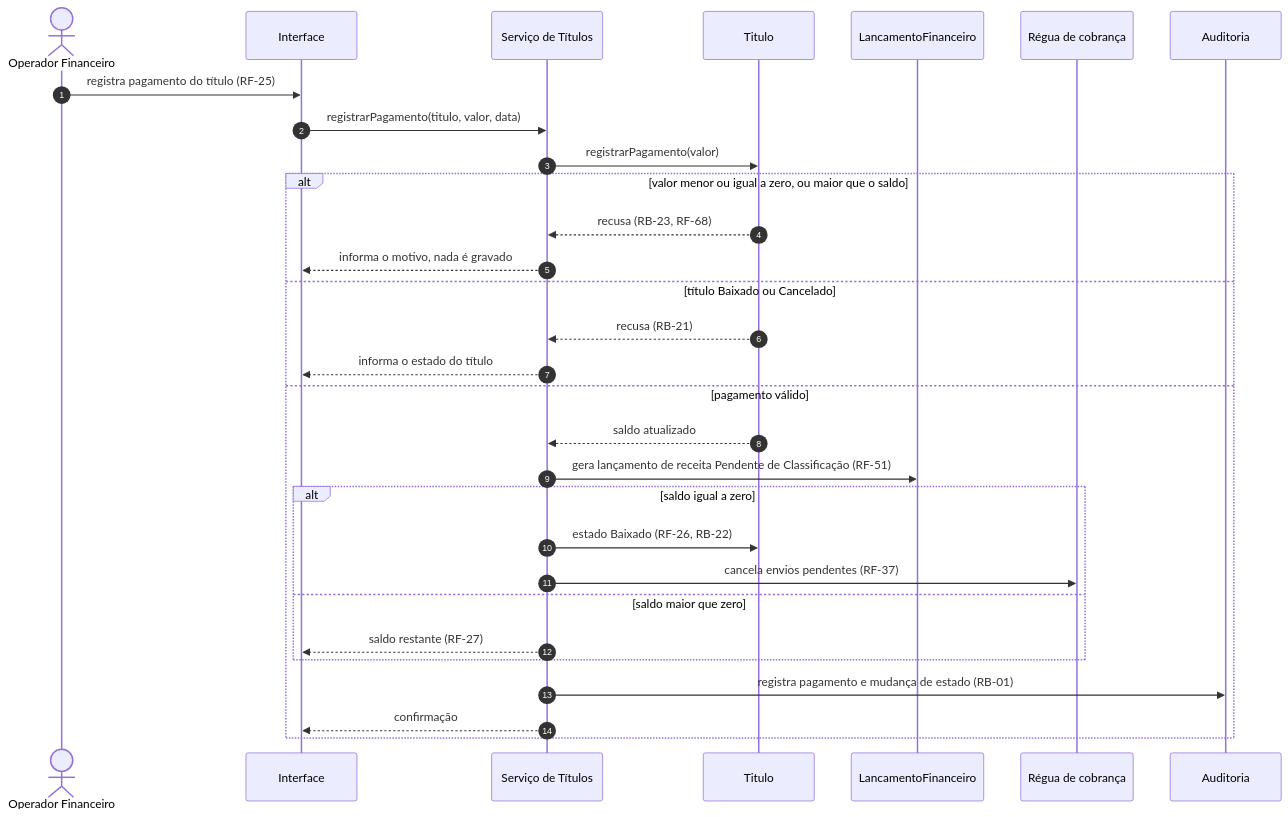
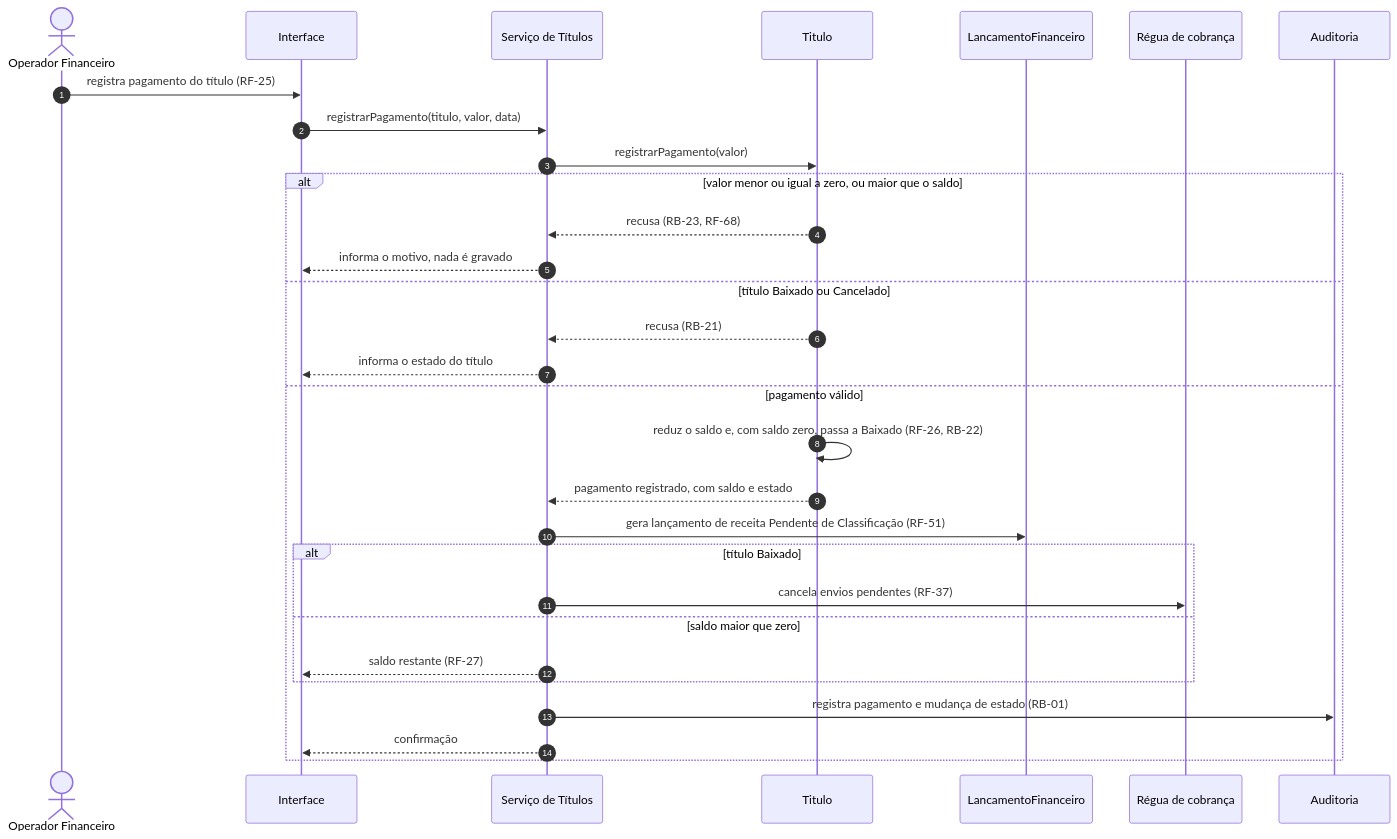
The diagram in docs/casos-de-uso/UC-06-registrar-pagamento-e-baixar-titulo.md (pedroguerra0603/Projeto_RemindMe), drawn with Mermaid before and after one commit. The commit also changed 6 other files, not shown here.

````diff
--- a/docs/casos-de-uso/UC-06-registrar-pagamento-e-baixar-titulo.md
+++ b/docs/casos-de-uso/UC-06-registrar-pagamento-e-baixar-titulo.md
@@ -53,34 +53,34 @@
 ```mermaid
 sequenceDiagram
     autonumber
     actor Operador as Operador Financeiro
     participant UI as Interface
     participant App as Serviço de Títulos
     participant Tit as Titulo
     participant Lanc as LancamentoFinanceiro
     participant Regua as Régua de cobrança
     participant Aud as Auditoria
 
     Operador->>UI: registra pagamento do título (RF-25)
     UI->>App: registrarPagamento(titulo, valor, data)
     App->>Tit: registrarPagamento(valor)
 
     alt valor menor ou igual a zero, ou maior que o saldo
         Tit-->>App: recusa (RB-23, RF-68)
         App-->>UI: informa o motivo, nada é gravado
     else título Baixado ou Cancelado
         Tit-->>App: recusa (RB-21)
         App-->>UI: informa o estado do título
     else pagamento válido
-        Tit-->>App: saldo atualizado
+        Tit->>Tit: reduz o saldo e, com saldo zero, passa a Baixado (RF-26, RB-22)
+        Tit-->>App: pagamento registrado, com saldo e estado
         App->>Lanc: gera lançamento de receita Pendente de Classificação (RF-51)
-        alt saldo igual a zero
-            App->>Tit: estado Baixado (RF-26, RB-22)
+        alt título Baixado
             App->>Regua: cancela envios pendentes (RF-37)
         else saldo maior que zero
             App-->>UI: saldo restante (RF-27)
         end
         App->>Aud: registra pagamento e mudança de estado (RB-01)
         App-->>UI: confirmação
     end
 ```
````
